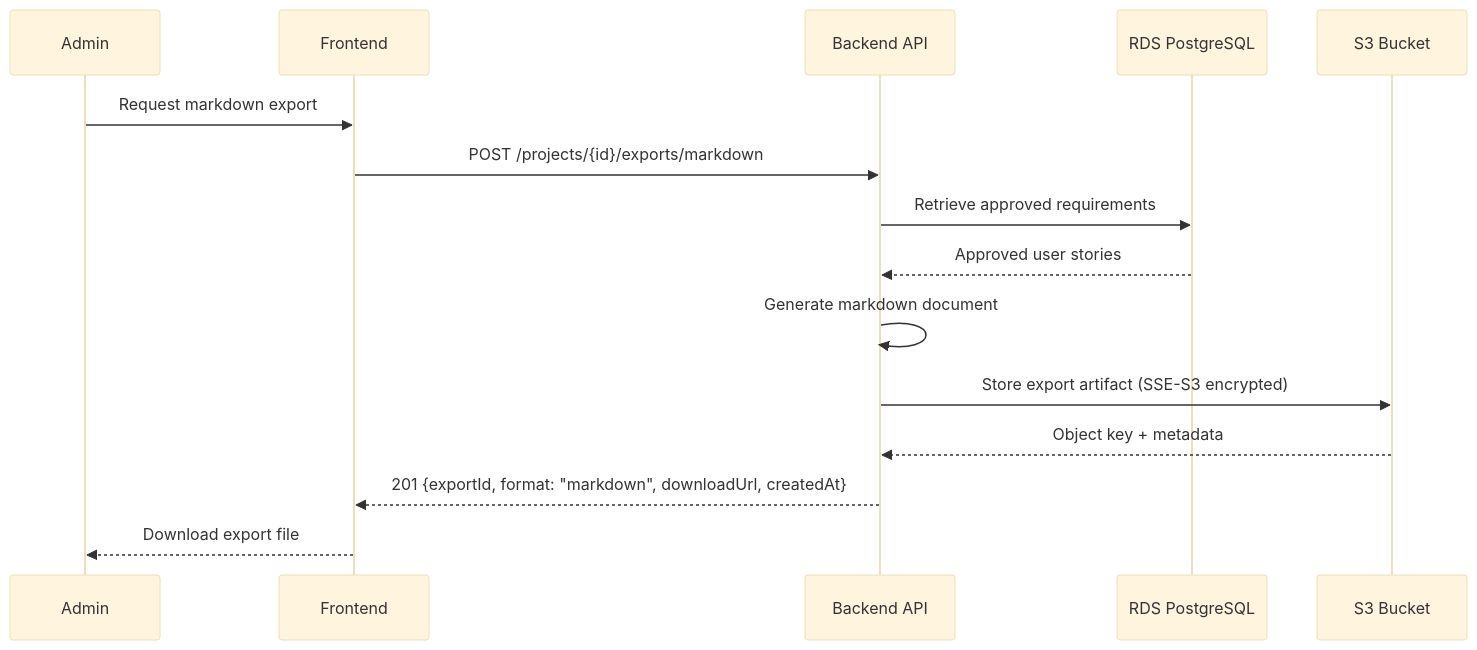
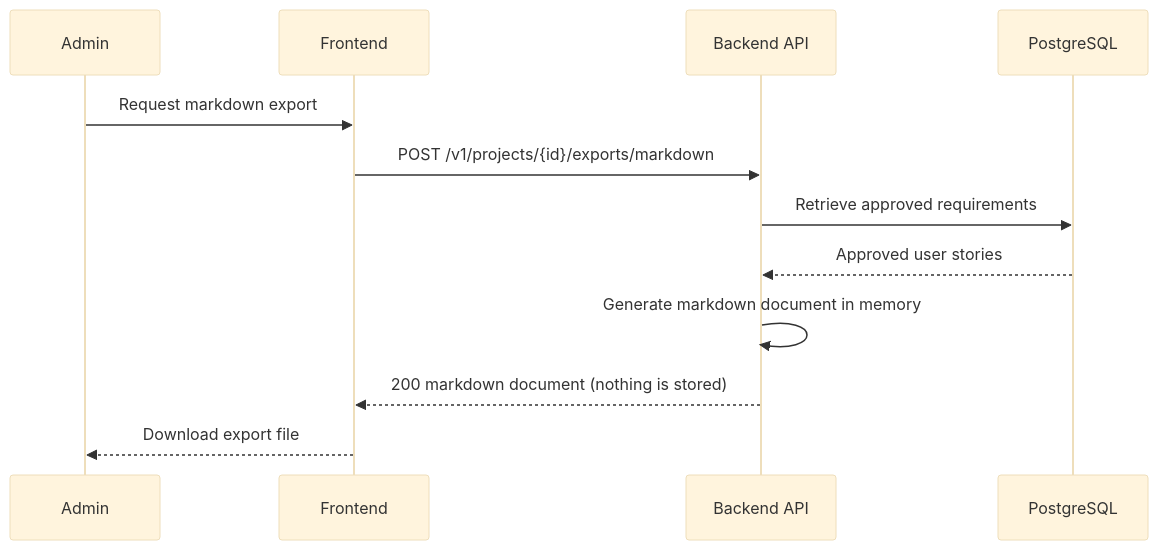
One commit to alonsovndev/open-projects-hub-docs changed the fourth of 13 diagrams in docs/03-architecture/diagrams/sequence-diagrams.md. Above: the diagram before and after it, drawn with Mermaid (base theme). The commit also changed other lines of this file and 14 other files, not shown here.

First line of the commit message:
docs(architecture): describe the deployed Cloudflare and EC2 stack

````diff
--- a/docs/03-architecture/diagrams/sequence-diagrams.md
+++ b/docs/03-architecture/diagrams/sequence-diagrams.md
@@ -104,18 +104,15 @@
 ```mermaid
 sequenceDiagram
     participant Admin
     participant FE as Frontend
     participant BE as Backend API
-    participant DB as RDS PostgreSQL
-    participant Storage as S3 Bucket
+    participant DB as PostgreSQL
 
     Admin->>FE: Request markdown export
-    FE->>BE: POST /projects/{id}/exports/markdown
+    FE->>BE: POST /v1/projects/{id}/exports/markdown
     BE->>DB: Retrieve approved requirements
     DB-->>BE: Approved user stories
-    BE->>BE: Generate markdown document
-    BE->>Storage: Store export artifact (SSE-S3 encrypted)
-    Storage-->>BE: Object key + metadata
-    BE-->>FE: 201 {exportId, format: "markdown", downloadUrl, createdAt}
+    BE->>BE: Generate markdown document in memory
+    BE-->>FE: 200 markdown document (nothing is stored)
     FE-->>Admin: Download export file
 ```
````
